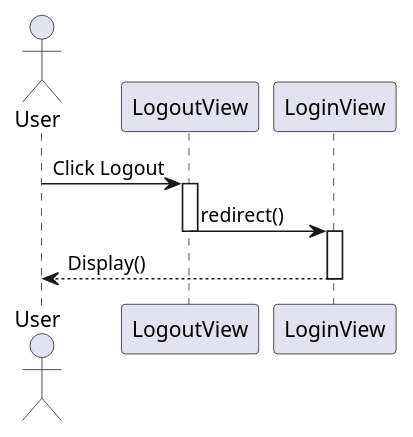
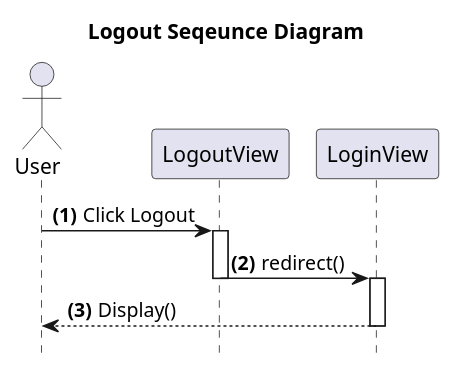
Before and after one commit to Kritsanawipankhet/CE64-41: the diagram in documents/diagrams/src/web-client/logout.wsd, drawn with PlantUML. The commit also changed 11 other files, not shown here.

Commit message:
hide footbox

```diff
--- a/documents/diagrams/src/web-client/logout.wsd
+++ b/documents/diagrams/src/web-client/logout.wsd
@@ -1,10 +1,13 @@
 @startuml
+title **Logout** Seqeunce Diagram
+hide footbox
 Actor User
+autonumber "<b>(0)"
 User -> LogoutView : Click Logout
 activate LogoutView
 LogoutView -> LoginView:redirect()
 deactivate LogoutView
 activate LoginView
 LoginView --> User : Display()
 deactivate LoginView
 @enduml
```
